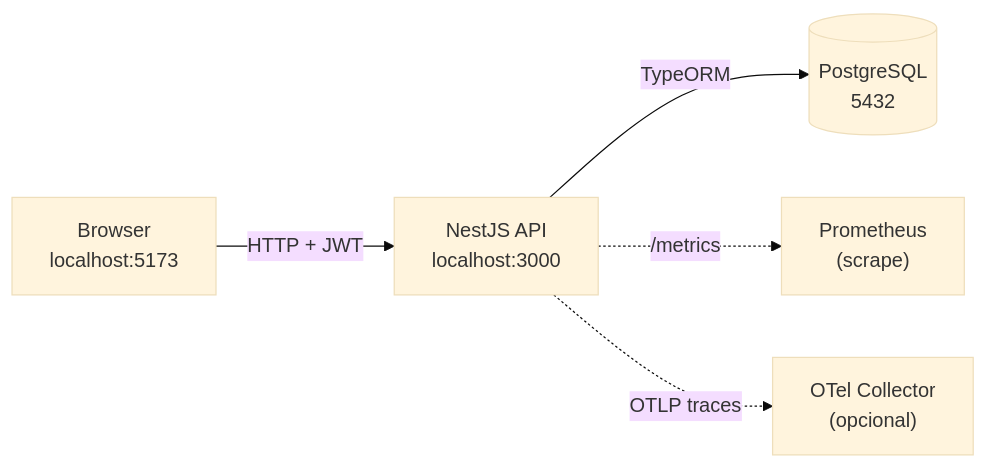
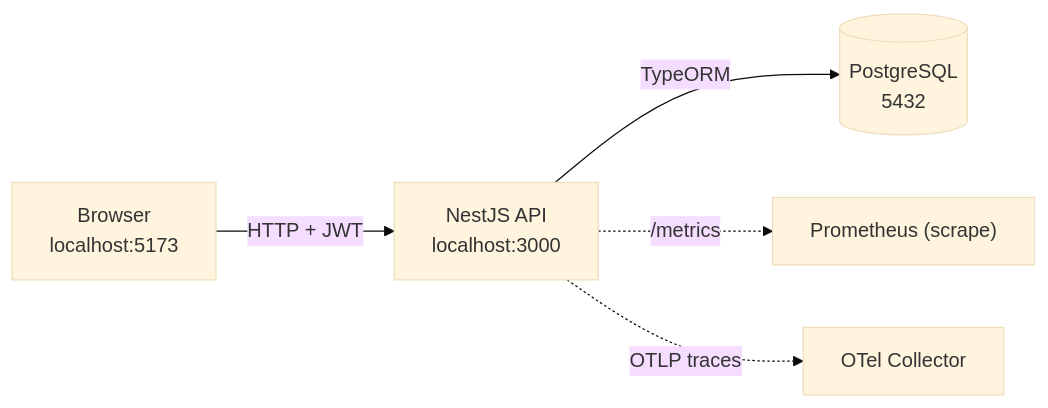
The first of 2 diagrams in README.md (J3ff5/teddy), drawn with Mermaid (base theme) before and after one commit. The commit also changed other lines of this file and 10 other files, not shown here.

Commit message:
refactor: update documentation and improve clarity in README and architecture files fix: enhance comments and descriptions in code for better understanding

````diff
--- a/README.md
+++ b/README.md
@@ -40,7 +40,7 @@
 ```mermaid
 flowchart LR
   Browser["Browser<br/>localhost:5173"] -->|HTTP + JWT| API["NestJS API<br/>localhost:3000"]
   API -->|TypeORM| PG[("PostgreSQL<br/>5432")]
-  API -.->|/metrics| Prom["Prometheus<br/>(scrape)"]
-  API -.->|OTLP traces| Otel["OTel Collector<br/>(opcional)"]
+  API -.->|/metrics| Prom["Prometheus (scrape)"]
+  API -.->|OTLP traces| Otel["OTel Collector"]
 ```
````
